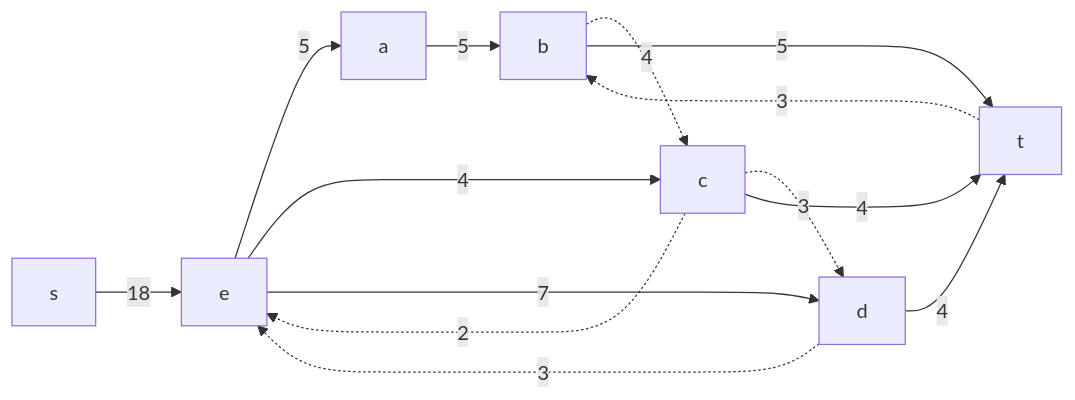
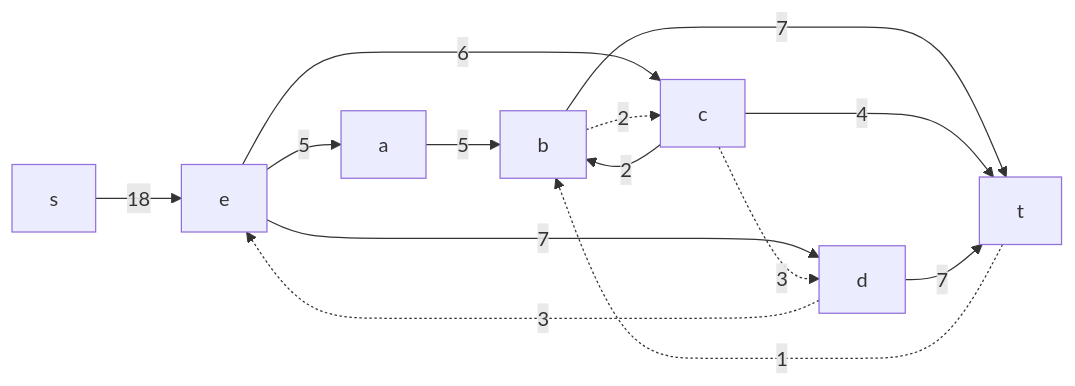
Before and after one commit to hse-algo-24-raven/manual-tasks-raven: diagram 12 of 14 in task-10/pustobek.md, drawn with Mermaid. The commit also changed other lines of this file, not shown here.

````diff
--- a/task-10/pustobek.md
+++ b/task-10/pustobek.md
@@ -248,17 +247,16 @@
 ```mermaid
 graph LR
     s-->|18|e
     e-->|5|a
-    c-.->|2|e
-    e-->|4|c
+    e-->|6|c
     d-.->|3|e
     e-->|7|d
     a-->|5|b
-    b-.->|4|c
+    b-.->|2|c
+    c-->|2|b
     c-.->|3|d
-    b-->|5|t
-    t-.->|3|b
+    b-->|7|t
+    t-.->|1|b
     c-->|4|t
-    d-->|4|t
-    t
+    d-->|7|t
 ```
````
